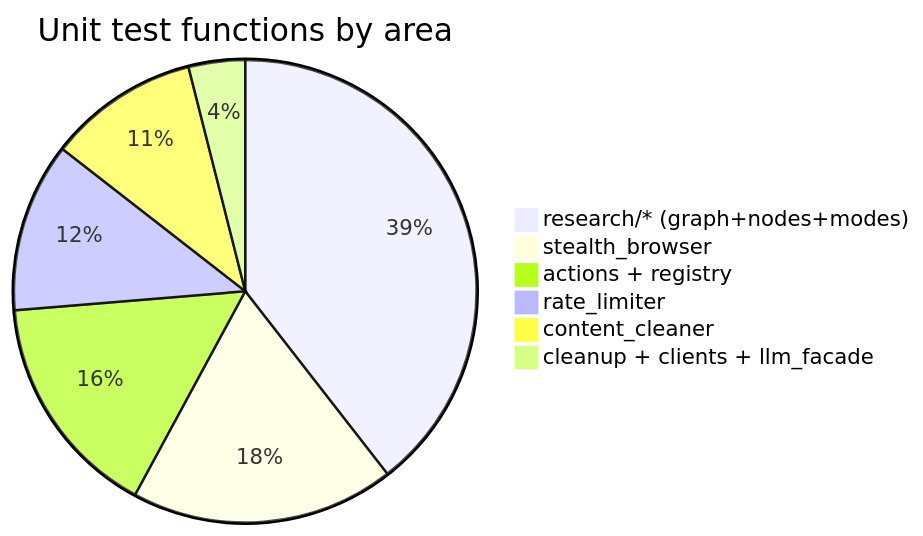
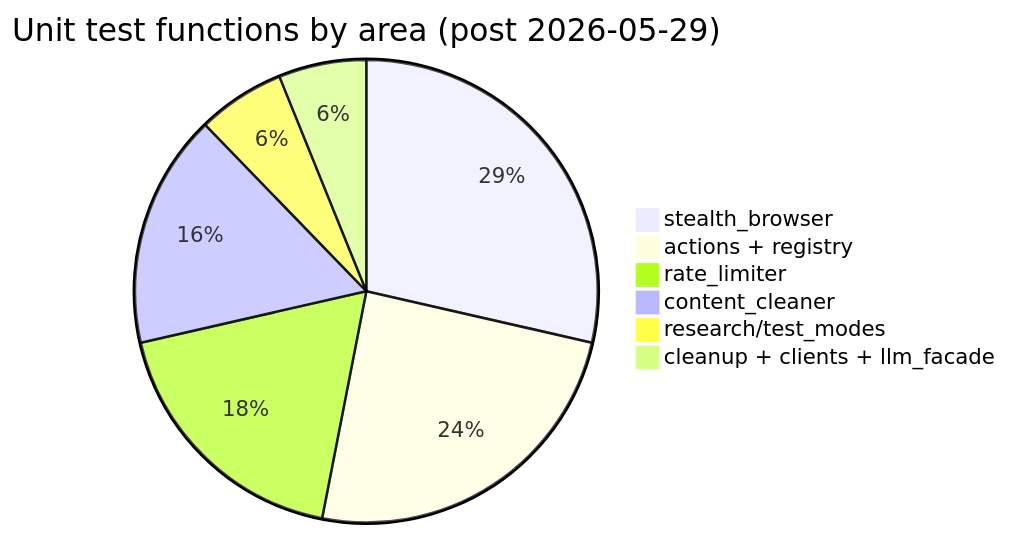
Before and after one commit to volk6022/Atomic-Scraper-Service: the diagram in docs/codebase-report/16-tests-unit.md, drawn with Mermaid. The commit also changed other lines of this file and 39 other files, not shown here.

````diff
--- a/docs/codebase-report/16-tests-unit.md
+++ b/docs/codebase-report/16-tests-unit.md
@@ -98,9 +91,9 @@
 ```mermaid
-pie title Unit test functions by area
-    "research/* (graph+nodes+modes)" : 30
+pie title Unit test functions by area (post 2026-05-29)
     "stealth_browser" : 14
     "actions + registry" : 12
     "rate_limiter" : 9
     "content_cleaner" : 8
+    "research/test_modes" : 3
     "cleanup + clients + llm_facade" : 3
 ```
````
